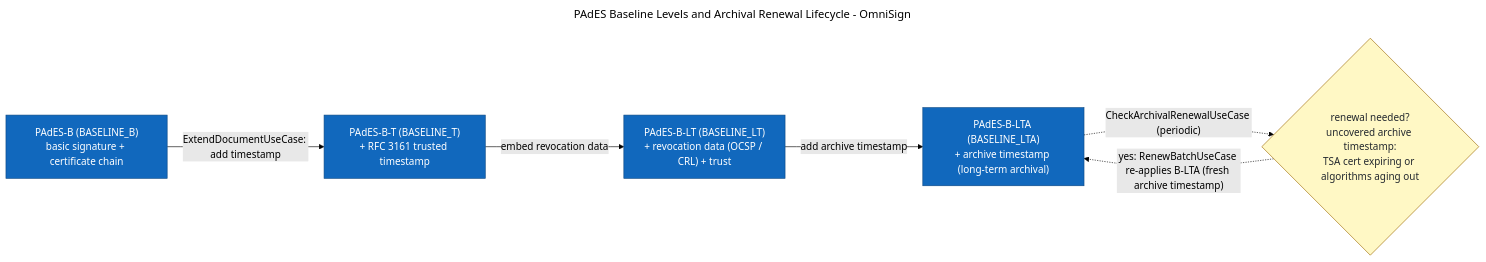
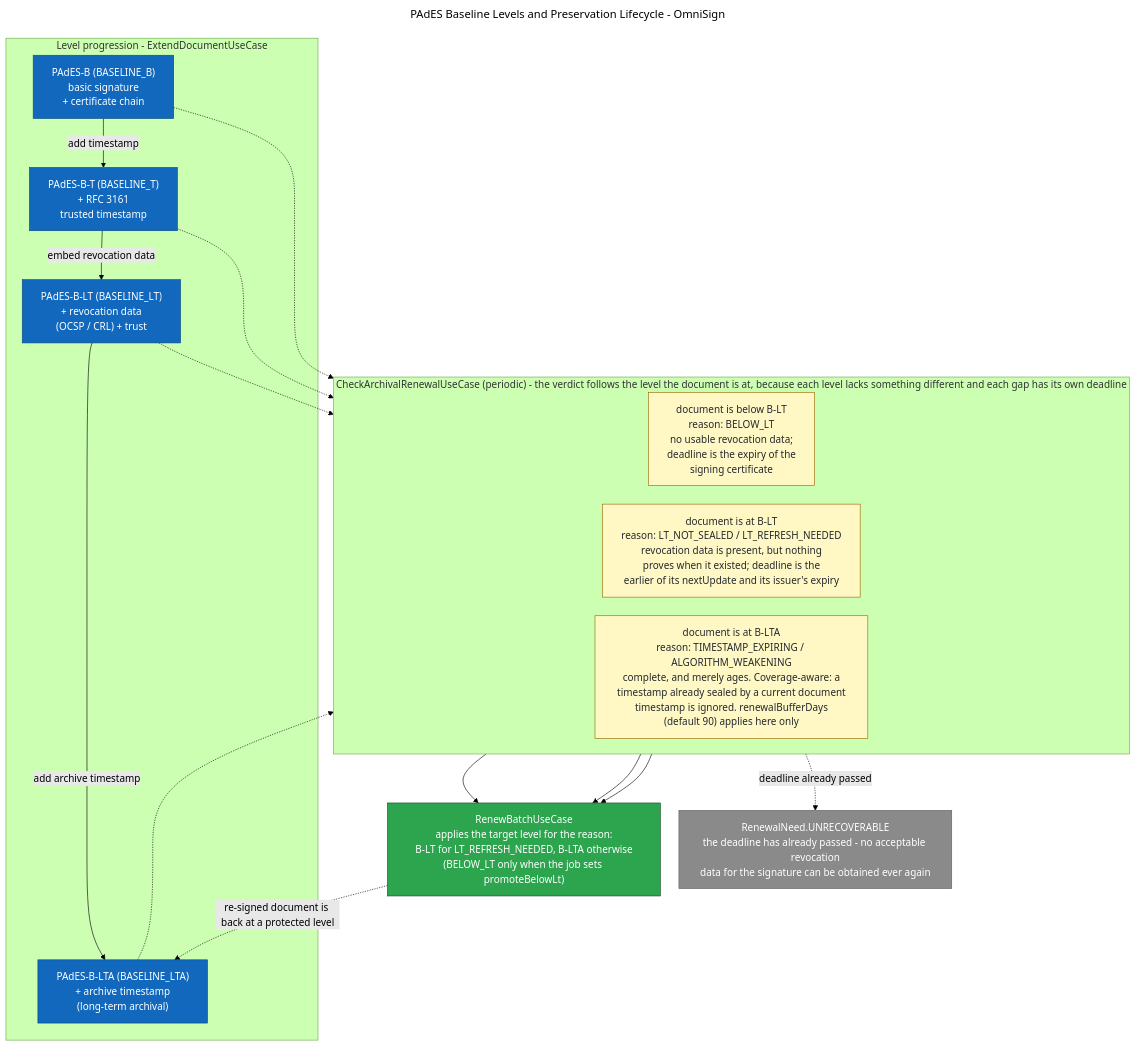
Before and after one commit to pizavo/omnisign: the diagram in docs/diagrams/09-pades-levels-lifecycle.mmd, drawn with Mermaid (forest theme). The commit also changed 15 other files, not shown here.

```diff
--- a/docs/diagrams/09-pades-levels-lifecycle.mmd
+++ b/docs/diagrams/09-pades-levels-lifecycle.mmd
@@ -1,20 +1,49 @@
 ---
-title: PAdES Baseline Levels and Archival Renewal Lifecycle - OmniSign
+title: PAdES Baseline Levels and Preservation Lifecycle - OmniSign
+config:
+  flowchart:
+    nodeSpacing: 30
+    rankSpacing: 55
+    wrappingWidth: 380
 ---
-flowchart LR
-  B["PAdES-B (BASELINE_B)<br/>basic signature + certificate chain"]
-  BT["PAdES-B-T (BASELINE_T)<br/>+ RFC 3161 trusted timestamp"]
-  BLT["PAdES-B-LT (BASELINE_LT)<br/>+ revocation data (OCSP / CRL) + trust"]
-  BLTA["PAdES-B-LTA (BASELINE_LTA)<br/>+ archive timestamp (long-term archival)"]
-  CHECK{"renewal needed?<br/>uncovered archive timestamp:<br/>TSA cert expiring or algorithms aging out"}
+flowchart TB
+  subgraph LADDER["Level progression - ExtendDocumentUseCase"]
+    B["PAdES-B (BASELINE_B)<br/>basic signature<br/>+ certificate chain"]
+    BT["PAdES-B-T (BASELINE_T)<br/>+ RFC 3161<br/>trusted timestamp"]
+    BLT["PAdES-B-LT (BASELINE_LT)<br/>+ revocation data<br/>(OCSP / CRL) + trust"]
+    BLTA["PAdES-B-LTA (BASELINE_LTA)<br/>+ archive timestamp<br/>(long-term archival)"]
+    B -->|"add timestamp"| BT
+    BT -->|"embed revocation data"| BLT
+    BLT -->|"add archive timestamp"| BLTA
+  end
 
-  B -->|"ExtendDocumentUseCase: add timestamp"| BT
-  BT -->|"embed revocation data"| BLT
-  BLT -->|"add archive timestamp"| BLTA
-  BLTA -.->|"CheckArchivalRenewalUseCase (periodic)"| CHECK
-  CHECK -.->|"yes: RenewBatchUseCase re-applies B-LTA (fresh archive timestamp)"| BLTA
+  subgraph ASSESS["CheckArchivalRenewalUseCase (periodic) - the verdict follows the level the document is at, because each level lacks something different and each gap has its own deadline"]
+    direction LR
+    A1["document is below B-LT<br/>reason: BELOW_LT<br/>no usable revocation data;<br/>deadline is the expiry of the<br/>signing certificate"]
+    A2["document is at B-LT<br/>reason: LT_NOT_SEALED / LT_REFRESH_NEEDED<br/>revocation data is present, but nothing<br/>proves when it existed; deadline is the<br/>earlier of its nextUpdate and its issuer's expiry"]
+    A3["document is at B-LTA<br/>reason: TIMESTAMP_EXPIRING / ALGORITHM_WEAKENING<br/>complete, and merely ages. Coverage-aware: a<br/>timestamp already sealed by a current document<br/>timestamp is ignored. renewalBufferDays<br/>(default 90) applies here only"]
+  end
+
+  OUT["RenewBatchUseCase<br/>applies the target level for the reason:<br/>B-LT for LT_REFRESH_NEEDED, B-LTA otherwise<br/>(BELOW_LT only when the job sets promoteBelowLt)"]
+  DEAD["RenewalNeed.UNRECOVERABLE<br/>the deadline has already passed - no acceptable revocation<br/>data for the signature can be obtained ever again"]
+
+  B -.-> A1
+  BT -.-> A1
+  BLT -.-> A2
+  BLTA -.-> A3
+
+  A1 --> OUT
+  A2 --> OUT
+  A3 --> OUT
+  A1 -.->|"deadline already passed"| DEAD
+
+  OUT -.->|"re-signed document is back at a protected level"| BLTA
 
   classDef level fill:#1168bd,stroke:#0b4884,color:#ffffff
   classDef decision fill:#fff8c5,stroke:#9a6700,color:#24292f
+  classDef action fill:#2da44e,stroke:#0d4f22,color:#ffffff
+  classDef dead fill:#8a8a8a,stroke:#5f5f5f,color:#ffffff
   class B,BT,BLT,BLTA level
-  class CHECK decision
+  class A1,A2,A3 decision
+  class OUT action
+  class DEAD dead
```
